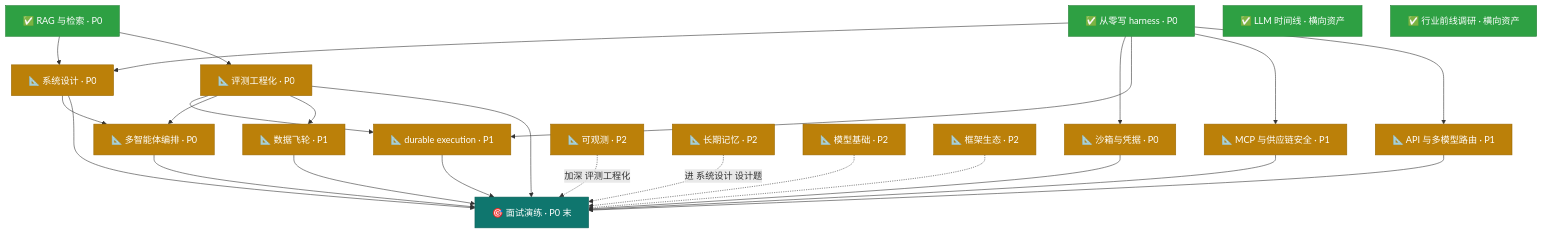
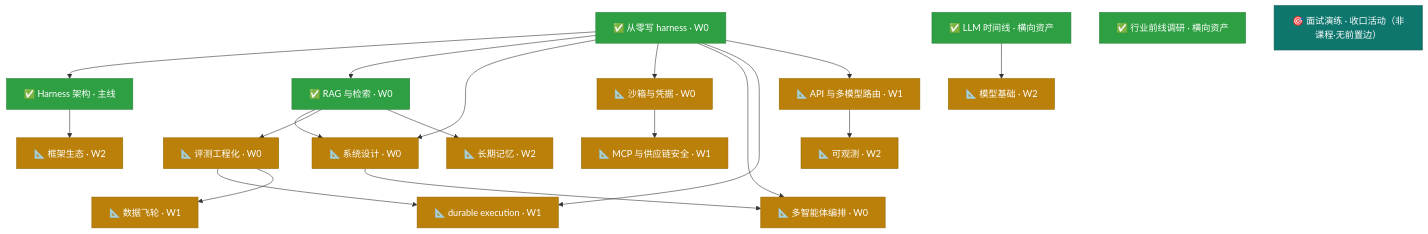
The diagram in notes/knowledge-map.md (zo0043/learn-agent-harness), drawn with Mermaid before and after one commit. The commit also changed other lines of this file and 65 other files, not shown here.

````diff
--- a/notes/knowledge-map.md
+++ b/notes/knowledge-map.md
@@ -78,49 +84,44 @@
 ```mermaid
 graph TD
   classDef done fill:#2ea043,stroke:#278038,color:#fff
   classDef doing fill:#bb8009,stroke:#9a6700,color:#fff
   classDef todo fill:#6e7681,stroke:#57606a,color:#fff
   classDef hub fill:#0f766e,stroke:#0d5f59,color:#fff
 
-  HARNESS["✅ 从零写 harness · P0"]:::done
-  RAG["✅ RAG 与检索 · P0"]:::done
-  SYSDESIGN["📐 系统设计 · P0"]:::doing
-  SANDBOX["📐 沙箱与凭据 · P0"]:::doing
-  EVAL["📐 评测工程化 · P0"]:::doing
-  DURABLE["📐 durable execution · P1"]:::doing
-  MCP["📐 MCP 与供应链安全 · P1"]:::doing
-  API["📐 API 与多模型路由 · P1"]:::doing
-  FLYWHEEL["📐 数据飞轮 · P1"]:::doing
-  OBS["📐 可观测 · P2"]:::doing
-  MEMORY["📐 长期记忆 · P2"]:::doing
-  MODEL["📐 模型基础 · P2"]:::doing
-  FRAMEWORK["📐 框架生态 · P2"]:::doing
-  MULTIAGENT["📐 多智能体编排 · P0"]:::doing
+  HARNESS["✅ 从零写 harness · W0"]:::done
+  AGENTH["✅ Harness 架构 · 主线"]:::done
+  RAG["✅ RAG 与检索 · W0"]:::done
+  SYSDESIGN["📐 系统设计 · W0"]:::doing
+  SANDBOX["📐 沙箱与凭据 · W0"]:::doing
+  EVAL["📐 评测工程化 · W0"]:::doing
+  DURABLE["📐 durable execution · W1"]:::doing
+  MCP["📐 MCP 与供应链安全 · W1"]:::doing
+  API["📐 API 与多模型路由 · W1"]:::doing
+  FLYWHEEL["📐 数据飞轮 · W1"]:::doing
+  OBS["📐 可观测 · W2"]:::doing
+  MEMORY["📐 长期记忆 · W2"]:::doing
+  MODEL["📐 模型基础 · W2"]:::doing
+  FRAMEWORK["📐 框架生态 · W2"]:::doing
+  MULTIAGENT["📐 多智能体编排 · W0"]:::doing
   TIMELINE["✅ LLM 时间线 · 横向资产"]:::done
   INDUSTRY["✅ 行业前线调研 · 横向资产"]:::done
-  INTERVIEW["🎯 面试演练 · P0 末"]:::hub
+  INTERVIEW["🎯 面试演练 · 收口活动（非课程·无前置边）"]:::hub
 
+  HARNESS --> AGENTH
+  HARNESS --> RAG
   HARNESS --> SYSDESIGN
   RAG --> SYSDESIGN
   HARNESS --> SANDBOX
+  SANDBOX --> MCP
   RAG --> EVAL
+  SYSDESIGN --> MULTIAGENT
+  HARNESS --> MULTIAGENT
   HARNESS --> DURABLE
   EVAL --> DURABLE
-  HARNESS --> MCP
-  SYSDESIGN --> MULTIAGENT
-  EVAL --> MULTIAGENT
-  MULTIAGENT --> INTERVIEW
   HARNESS --> API
+  API --> OBS
+  RAG --> MEMORY
   EVAL --> FLYWHEEL
-  SYSDESIGN --> INTERVIEW
-  SANDBOX --> INTERVIEW
-  EVAL --> INTERVIEW
-  DURABLE --> INTERVIEW
-  MCP --> INTERVIEW
-  API --> INTERVIEW
-  FLYWHEEL --> INTERVIEW
-  OBS -.->|加深 评测工程化| INTERVIEW
-  MEMORY -.->|进 系统设计 设计题| INTERVIEW
-  MODEL -.-> INTERVIEW
-  FRAMEWORK -.-> INTERVIEW
+  TIMELINE --> MODEL
+  AGENTH --> FRAMEWORK
 ```
````
